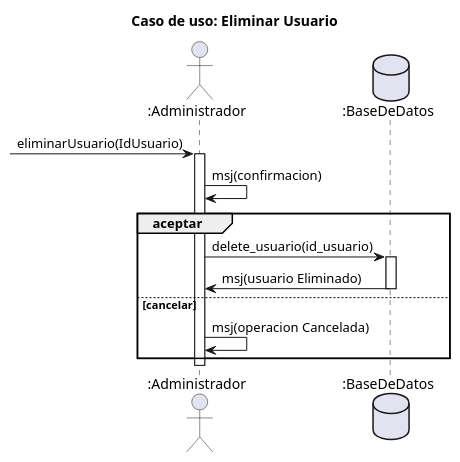
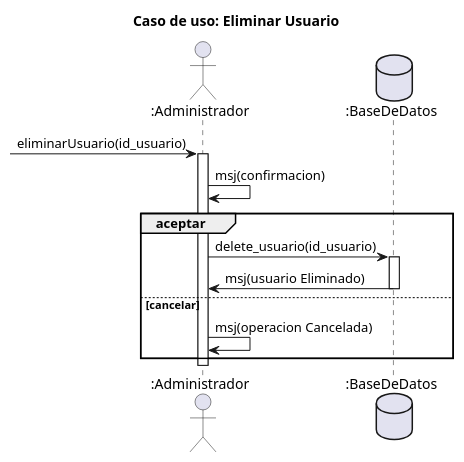
Before and after one commit to RubenE107/diagramas-de-dise-o-uml: the diagram in interacion 2/Eliminar usuario.puml, drawn with PlantUML. The commit also changed 3 other files, not shown here.

```diff
--- a/interacion 2/Eliminar usuario.puml
+++ b/interacion 2/Eliminar usuario.puml
@@ -1,57 +1,57 @@
 @startuml
 title caso de uso: eliminar usuario
 
 ' actor "usuario" as U
 ' participant "sistema" as S
 ' database "base de datos" as BD
 ' -->>S: SesionIniciada()
 ' activate S
 ' U->S:Selecionar usuario a eliminar
 ' U->S:El usuario selecciona el boton de eliminar usuario
 
 ' activate S
 ' -->>S: EliminarUsuario()
 ' group eliminar usuario
 ' S->U:muestra mensaje de confirmacion  y dos botones (Aceptar, Cancelar)
 ' group Aceptar
 '     U->S:El usuario selecciona el boton de aceptar
     
 '     S->BD: Eliminar usuario
 '     activate BD
 '     BD->S:Usuario eliminado
 '     deactivate BD
 '     S<->U:mensaje de confirmacion
 '  end
 ' group cancelar
 '     U->S:El usuario selecciona el boton de cancelar
 '     S->S:cierra la ventana de confirmacion y cancela la operacion
 ' end
 ' end
 
 ' deactivate S
 ' S->U:muestra la pagina principal
 
 title Caso de uso: Eliminar Usuario
 
 actor ":Administrador" as a
 database ":BaseDeDatos" as bd
 
--> a:eliminarUsuario(IdUsuario)
+-> a:eliminarUsuario(id_usuario)
 activate a
 a->a:msj(confirmacion)
 group aceptar
     a->bd:delete_usuario(id_usuario)
     activate bd
     bd->a:msj(usuario Eliminado)
     deactivate bd
 else cancelar
     a->a:msj(operacion Cancelada)
 end
 
 activate bd
 
 deactivate bd
 
 deactivate a
 
 @enduml
```
